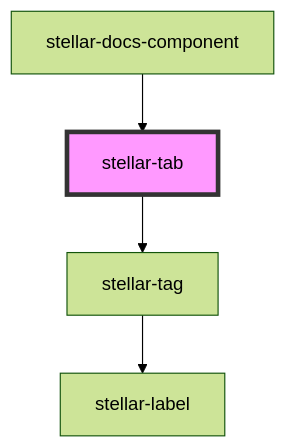
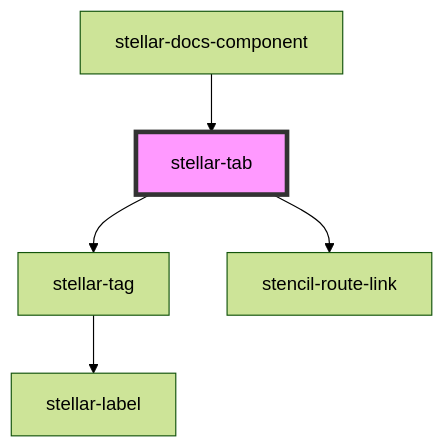
The diagram in src/components/ui/tab/readme.md (splitinfinities/Stellar), drawn with Mermaid (forest theme) before and after one commit. The commit also changed other lines of this file and 5 other files, not shown here.

````diff
--- a/src/components/ui/tab/readme.md
+++ b/src/components/ui/tab/readme.md
@@ -39,7 +43,8 @@
 ```mermaid
 graph TD;
   stellar-tab --> stellar-tag
+  stellar-tab --> stencil-route-link
   stellar-tag --> stellar-label
   stellar-docs-component --> stellar-tab
   style stellar-tab fill:#f9f,stroke:#333,stroke-width:4px
 ```
````
